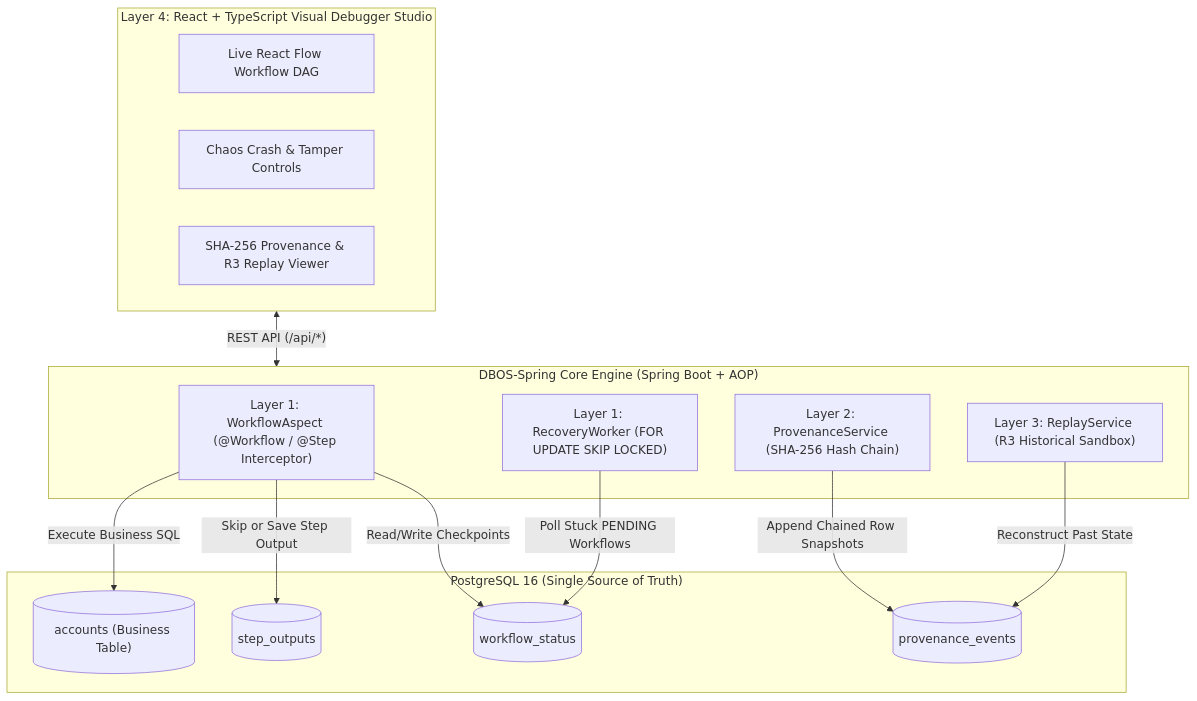
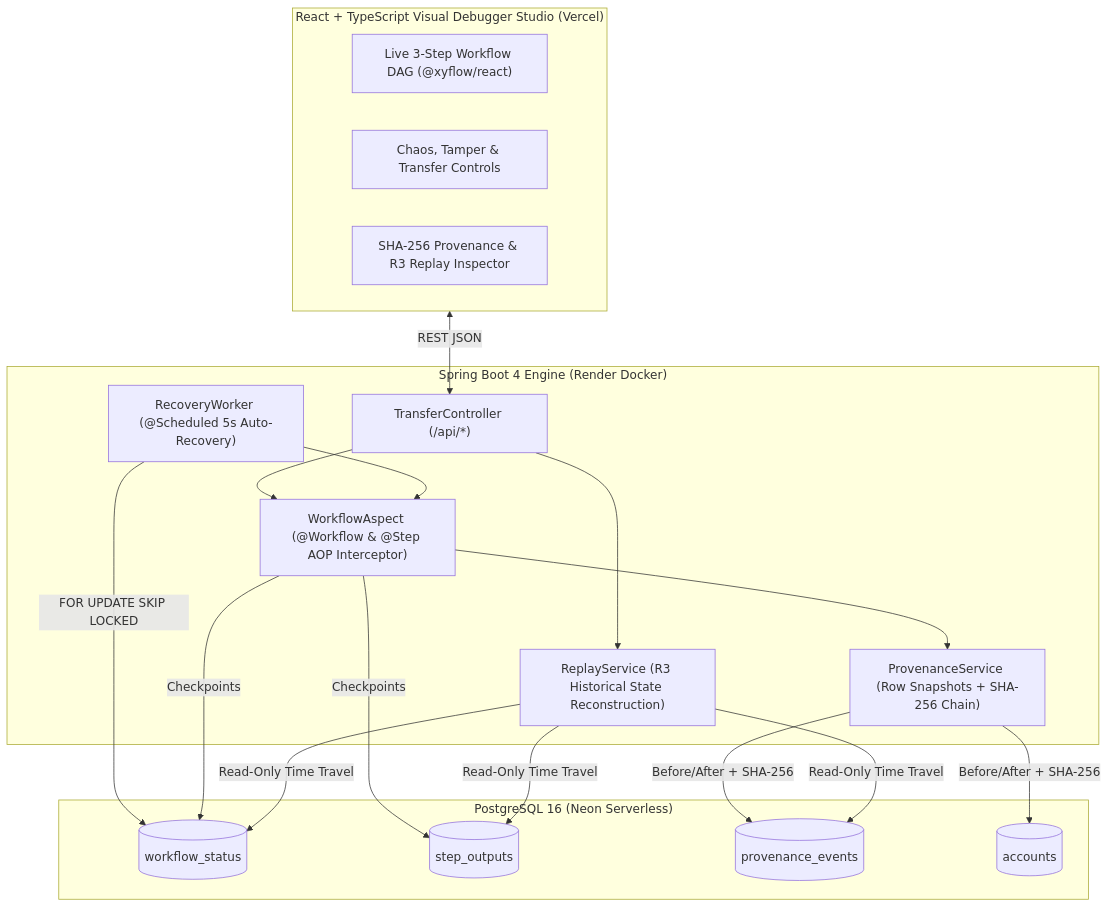
One commit to raghav28-git/dbos-spring changed the diagram in README.md. Above: the diagram before and after it, drawn with Mermaid. The commit also changed other lines of this file, not shown here.

Commit message:
docs: add live Vercel deployment URL and cloud architecture to README

````diff
--- a/README.md
+++ b/README.md
@@ -28,30 +32,33 @@
-~~~mermaid
+```mermaid
 flowchart TB
-    subgraph Frontend ["Layer 4: React + TypeScript Visual Debugger Studio"]
-        DAG["Live React Flow Workflow DAG"]
-        Controls["Chaos Crash & Tamper Controls"]
-        Inspector["SHA-256 Provenance & R3 Replay Viewer"]
+    subgraph Frontend["React + TypeScript Visual Debugger Studio (Vercel)"]
+        DAG["Live 3-Step Workflow DAG (@xyflow/react)"]
+        Controls["Chaos, Tamper & Transfer Controls"]
+        Inspector["SHA-256 Provenance & R3 Replay Inspector"]
     end
 
-    subgraph Engine ["DBOS-Spring Core Engine (Spring Boot + AOP)"]
-        Aspect["Layer 1: WorkflowAspect (@Workflow / @Step Interceptor)"]
-        Worker["Layer 1: RecoveryWorker (FOR UPDATE SKIP LOCKED)"]
-        Provenance["Layer 2: ProvenanceService (SHA-256 Hash Chain)"]
-        Replay["Layer 3: ReplayService (R3 Historical Sandbox)"]
+    subgraph Backend["Spring Boot 4 Engine (Render Docker)"]
+        Controller["TransferController (/api/*)"]
+        Aspect["WorkflowAspect (@Workflow & @Step AOP Interceptor)"]
+        Worker["RecoveryWorker (@Scheduled 5s Auto-Recovery)"]
+        Prov["ProvenanceService (Row Snapshots + SHA-256 Chain)"]
+        Replay["ReplayService (R3 Historical State Reconstruction)"]
     end
 
-    subgraph DB ["PostgreSQL 16 (Single Source of Truth)"]
-        WF[("workflow_status")]
-        STEPS[("step_outputs")]
-        PROV[("provenance_events")]
-        ACC[("accounts (Business Table)")]
+    subgraph Database["PostgreSQL 16 (Neon Serverless)"]
+        T1[("workflow_status")]
+        T2[("step_outputs")]
+        T3[("provenance_events")]
+        T4[("accounts")]
     end
 
-    Frontend <-->|"REST API (/api/*)"| Engine
-    Aspect -->|"Read/Write Checkpoints"| WF
-    Aspect -->|"Skip or Save Step Output"| STEPS
-    Worker -->|"Poll Stuck PENDING Workflows"| WF
-    Provenance -->|"Append Chained Row Snapshots"| PROV
-    Replay -->|"Reconstruct Past State"| PROV
-    Aspect -->|"Execute Business SQL"| ACC
-~~~
+    Frontend <-->|"REST JSON"| Controller
+    Controller --> Aspect
+    Worker -->|"FOR UPDATE SKIP LOCKED"| T1
+    Worker --> Aspect
+    Aspect -->|"Checkpoints"| T1 & T2
+    Aspect --> Prov
+    Prov -->|"Before/After + SHA-256"| T3 & T4
+    Controller --> Replay
+    Replay -->|"Read-Only Time Travel"| T1 & T2 & T3
+```
````
